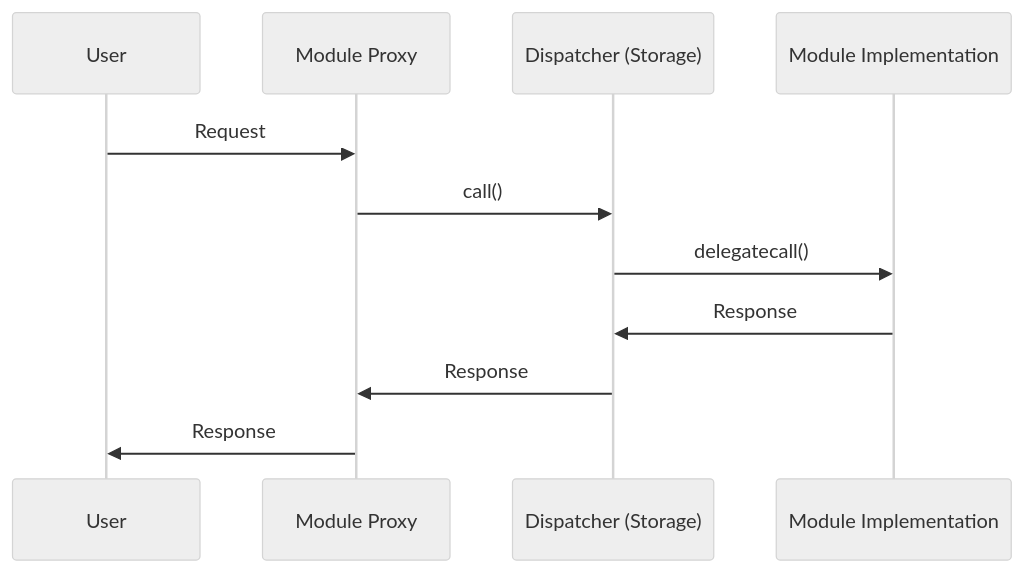
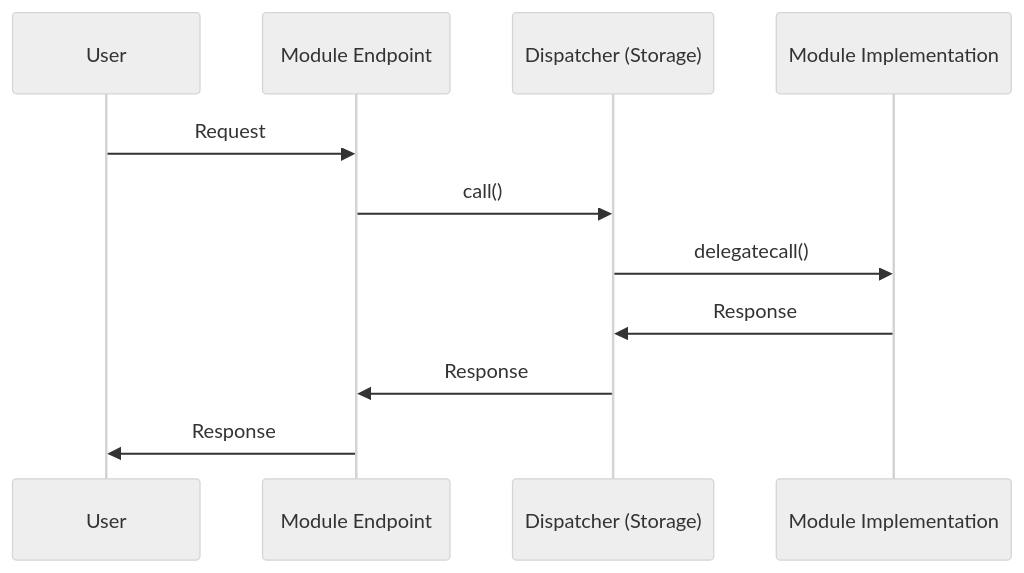
One commit to chromaxyz/reflex changed the fourth of 5 diagrams in docs/IMPLEMENTERS.md. Above: the diagram before and after it, drawn with Mermaid (neutral theme). The commit also changed other lines of this file and 41 other files, not shown here.

````diff
--- a/docs/IMPLEMENTERS.md
+++ b/docs/IMPLEMENTERS.md
@@ -75,9 +75,9 @@
 ```mermaid
 sequenceDiagram
-    User->>Module Proxy: Request
-    Module Proxy->>Dispatcher (Storage): call()
+    User->>Module Endpoint: Request
+    Module Endpoint->>Dispatcher (Storage): call()
     Dispatcher (Storage) ->>Module Implementation: delegatecall()
     Module Implementation->>Dispatcher (Storage): Response
-    Dispatcher (Storage) ->>Module Proxy: Response
-    Module Proxy->>User: Response
+    Dispatcher (Storage) ->>Module Endpoint: Response
+    Module Endpoint->>User: Response
 ```
````
